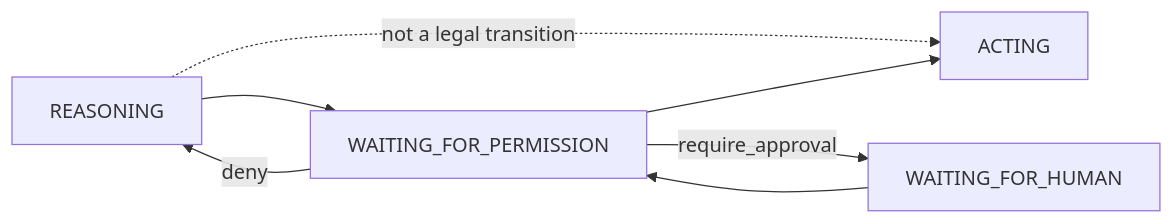
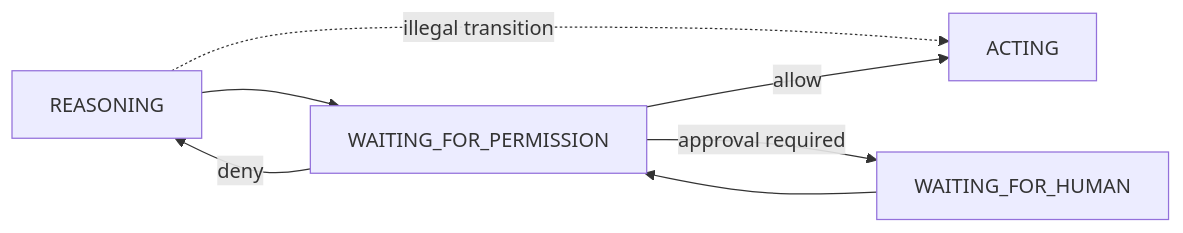
One commit to balureddy003/Naro changed the diagram in docs/learn/11-security-and-policy.md. Above: the diagram before and after it, drawn with Mermaid. The commit also changed other lines of this file and 52 other files, not shown here.

````diff
--- a/docs/learn/11-security-and-policy.md
+++ b/docs/learn/11-security-and-policy.md
@@ -29,7 +55,9 @@
 ```mermaid
 flowchart LR
-    R["REASONING"] -.->|"not a legal transition"| A["ACTING"]
-    R --> P["WAITING_FOR_PERMISSION"] --> A
-    P -->|require_approval| H["WAITING_FOR_HUMAN"] --> P
+    R["REASONING"] -.->|"illegal transition"| A["ACTING"]
+    R --> P["WAITING_FOR_PERMISSION"]
+    P -->|allow| A
+    P -->|approval required| H["WAITING_FOR_HUMAN"]
+    H --> P
     P -->|deny| R
 ```
````
